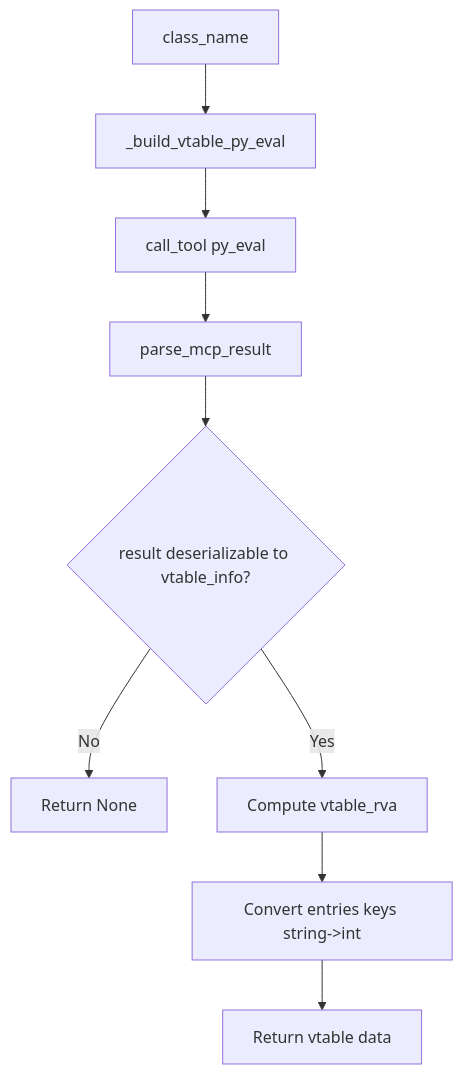
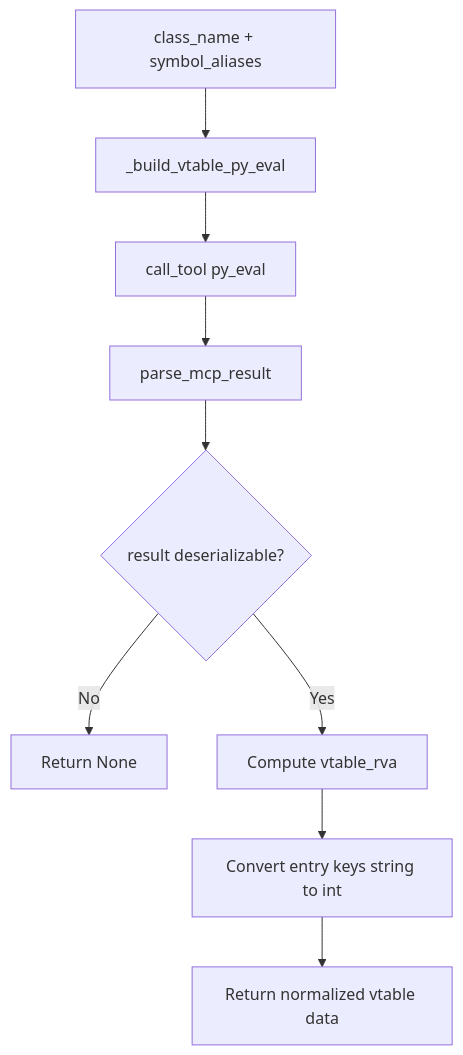
Before and after one commit to hzqst/CS2_VibeSignatures: the diagram in .serena/memories/preprocess_vtable_via_mcp.md, drawn with Mermaid. The commit also changed other lines of this file and 6 other files, not shown here.

````diff
--- a/.serena/memories/preprocess_vtable_via_mcp.md
+++ b/.serena/memories/preprocess_vtable_via_mcp.md
@@ -56,11 +43,11 @@
 ```mermaid
 flowchart TD
-    A[class_name] --> B[_build_vtable_py_eval]
+    A[class_name + symbol_aliases] --> B[_build_vtable_py_eval]
     B --> C[call_tool py_eval]
     C --> D[parse_mcp_result]
-    D --> E{result deserializable to vtable_info?}
+    D --> E{result deserializable?}
     E -- No --> Z[Return None]
     E -- Yes --> F[Compute vtable_rva]
-    F --> G[Convert entries keys string->int]
-    G --> H[Return vtable data]
+    F --> G[Convert entry keys string to int]
+    G --> H[Return normalized vtable data]
 ```
````
